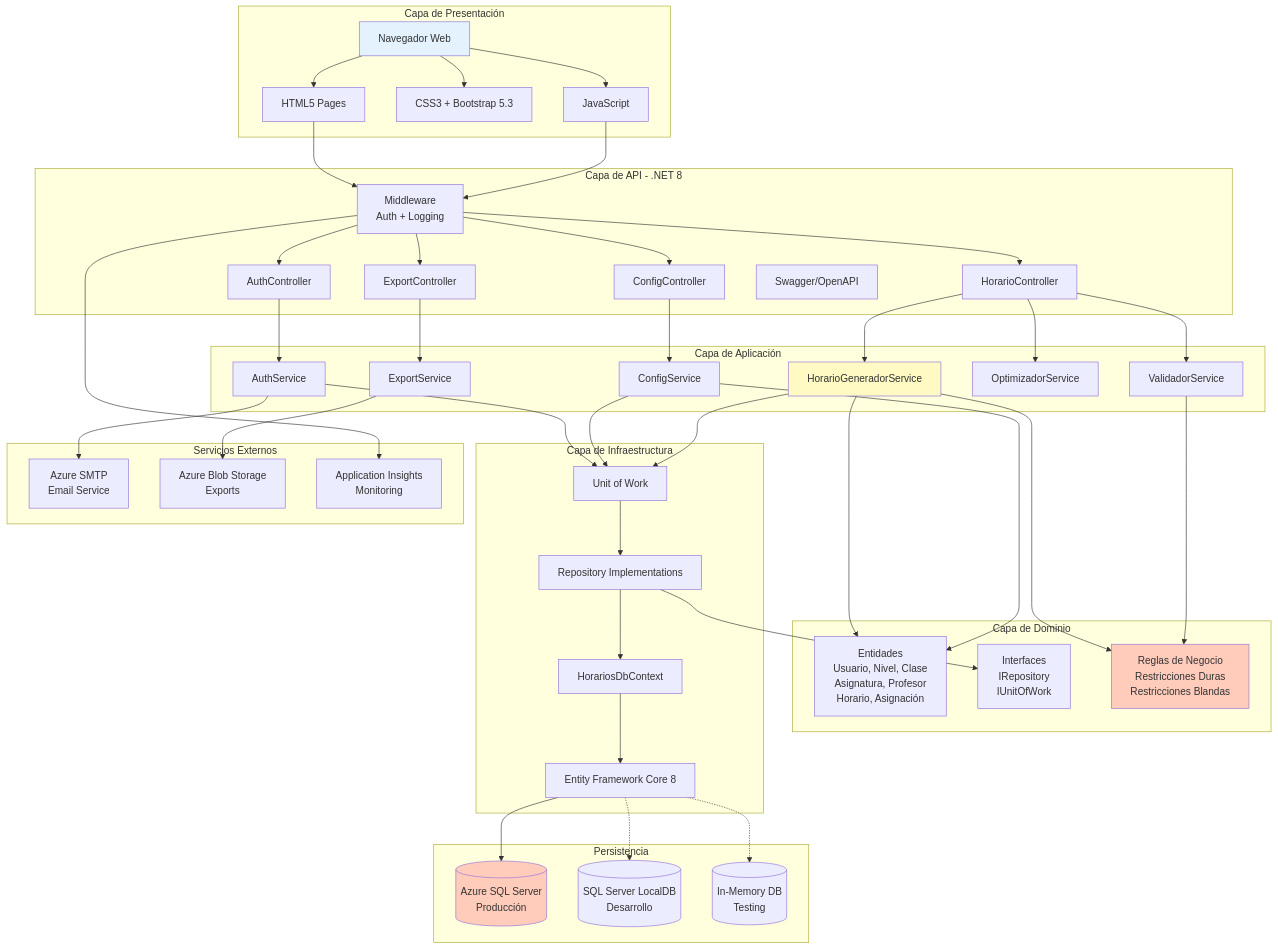
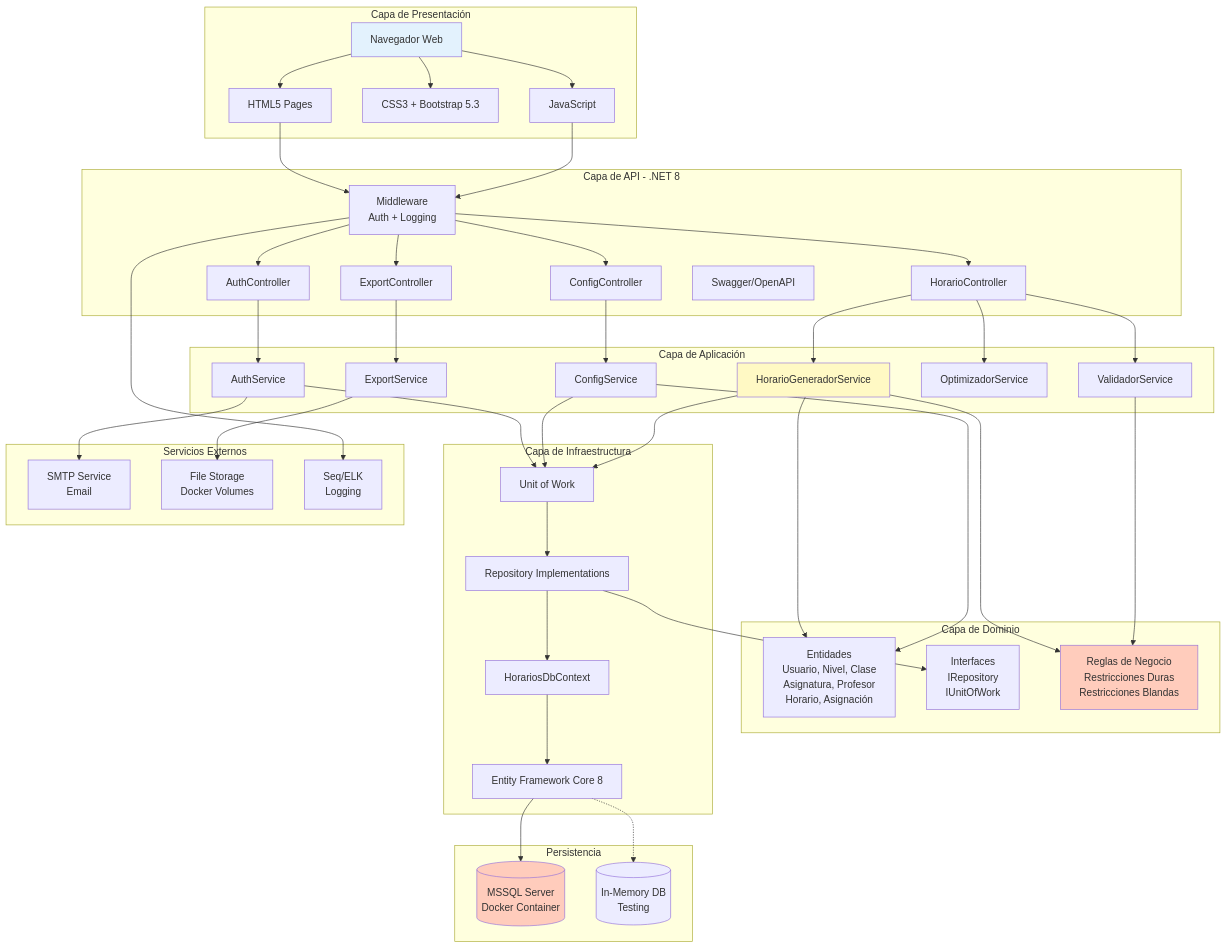
Before and after one commit to lhalha01/gestion_horarios: the seventh of 12 diagrams in SRS-Horarios.md, drawn with Mermaid. The commit also changed other lines of this file, not shown here.

Commit message:
Actualizar especificaciones: migrar de Azure SQL a MSSQL Server en Docker

````diff
--- a/SRS-Horarios.md
+++ b/SRS-Horarios.md
@@ -1782,15 +1852,14 @@
     end
     
     subgraph "Persistencia"
-        AzureSQL[(Azure SQL Server<br/>Producción)]
-        LocalDB[(SQL Server LocalDB<br/>Desarrollo)]
+        SQLDocker[(MSSQL Server<br/>Docker Container)]
         InMemory[(In-Memory DB<br/>Testing)]
     end
     
     subgraph "Servicios Externos"
-        SMTP[Azure SMTP<br/>Email Service]
-        Storage[Azure Blob Storage<br/>Exports]
-        AppInsights[Application Insights<br/>Monitoring]
+        SMTP[SMTP Service<br/>Email]
+        Storage[File Storage<br/>Docker Volumes]
+        Logging[Seq/ELK<br/>Logging]
     end
     
     Browser --> HTML
@@ -1826,16 +1895,15 @@
     RepoImpl --> DbContext
     DbContext --> EFCore
     
-    EFCore --> AzureSQL
-    EFCore -.-> LocalDB
+    EFCore --> SQLDocker
     EFCore -.-> InMemory
     
     ExportSvc --> Storage
     AuthSvc --> SMTP
-    Middleware --> AppInsights
+    Middleware --> Logging
     
     style Browser fill:#e3f2fd
-    style AzureSQL fill:#ffccbc
+    style SQLDocker fill:#ffccbc
     style HorarioGenSvc fill:#fff9c4
     style BusinessRules fill:#ffccbc
 ```
````
